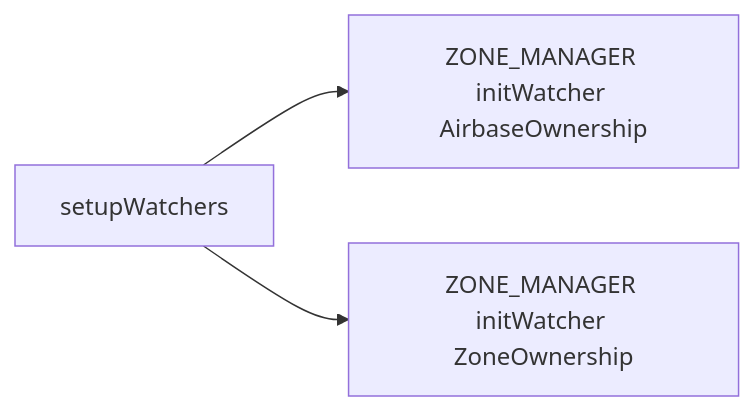
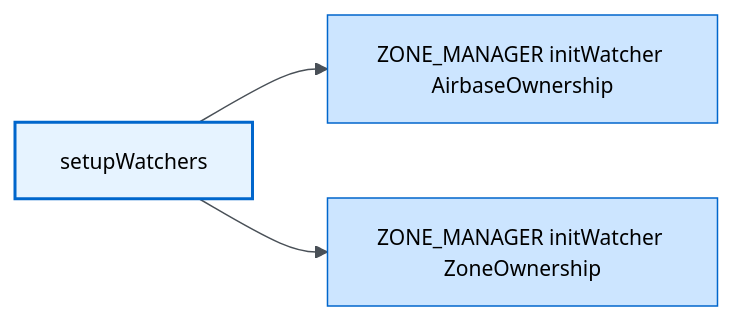
Before and after one commit to Gh0st352/AETHR: the third of 3 diagrams in docs/aethr/startup_and_watchers.md, drawn with Mermaid. The commit also changed other lines of this file and 8 other files, not shown here.

Commit message:
docs: enhance documentation with detailed flowcharts and sequence diagrams for initialization, instance creation, module wiring, user storage, and background processes

````diff
--- a/docs/aethr/startup_and_watchers.md
+++ b/docs/aethr/startup_and_watchers.md
@@ -40,5 +50,14 @@
 ```mermaid
+%%{init: {"theme": "base", "themeVariables": {"primaryColor":"#e6f3ff","primaryBorderColor":"#0066cc","primaryTextColor":"#000","lineColor":"#495057","textColor":"#000","fontSize":"14px"}}}%%
 flowchart LR
   SW[setupWatchers] --> Z1[ZONE_MANAGER initWatcher AirbaseOwnership]
   SW --> Z2[ZONE_MANAGER initWatcher ZoneOwnership]
+
+  %% Styles
+  classDef core fill:#e6f3ff,stroke:#0066cc,stroke-width:2px,color:#000
+  classDef process fill:#cce5ff,stroke:#0066cc,color:#000
+
+  %% Apply classes
+  class SW core
+  class Z1,Z2 process
 ```
````
